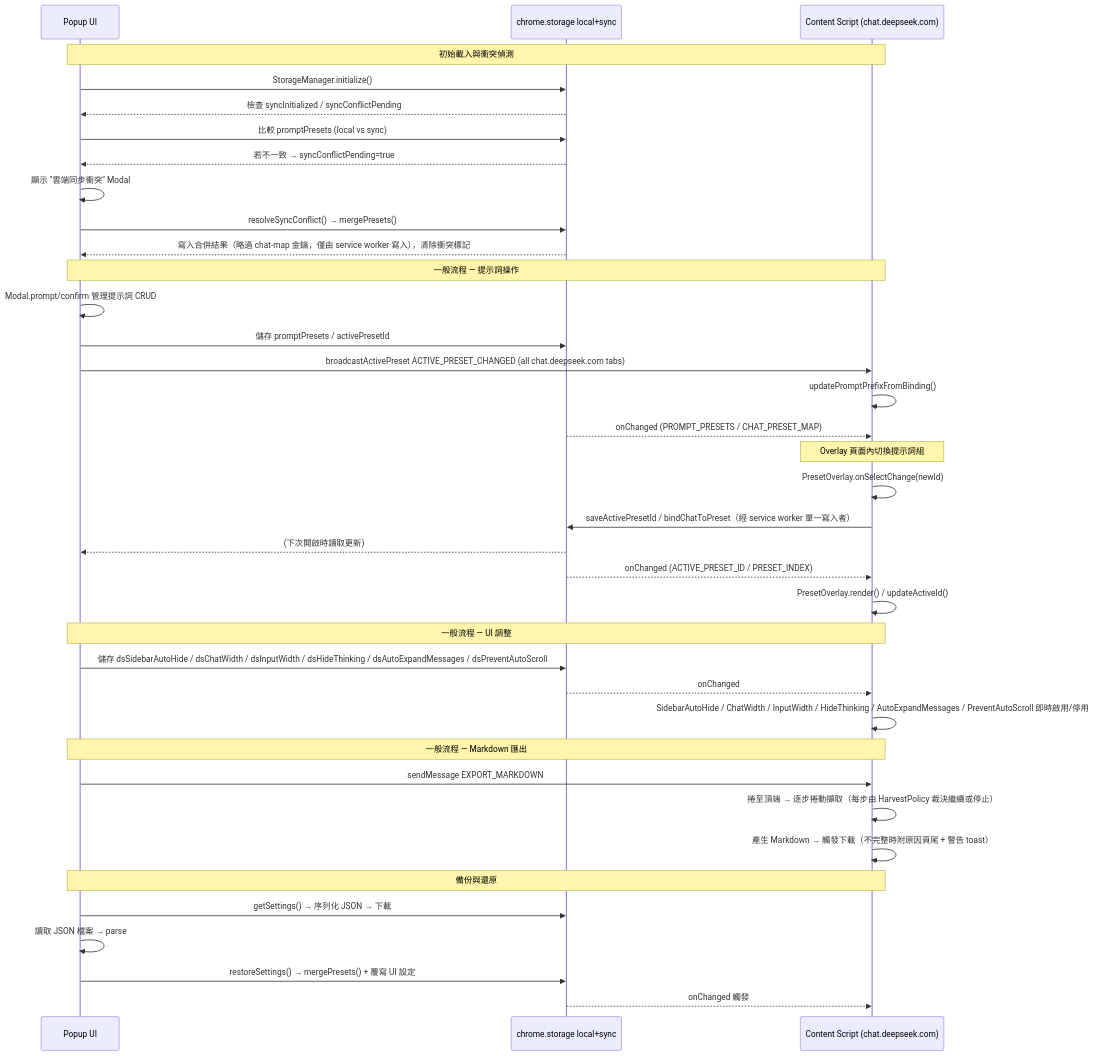
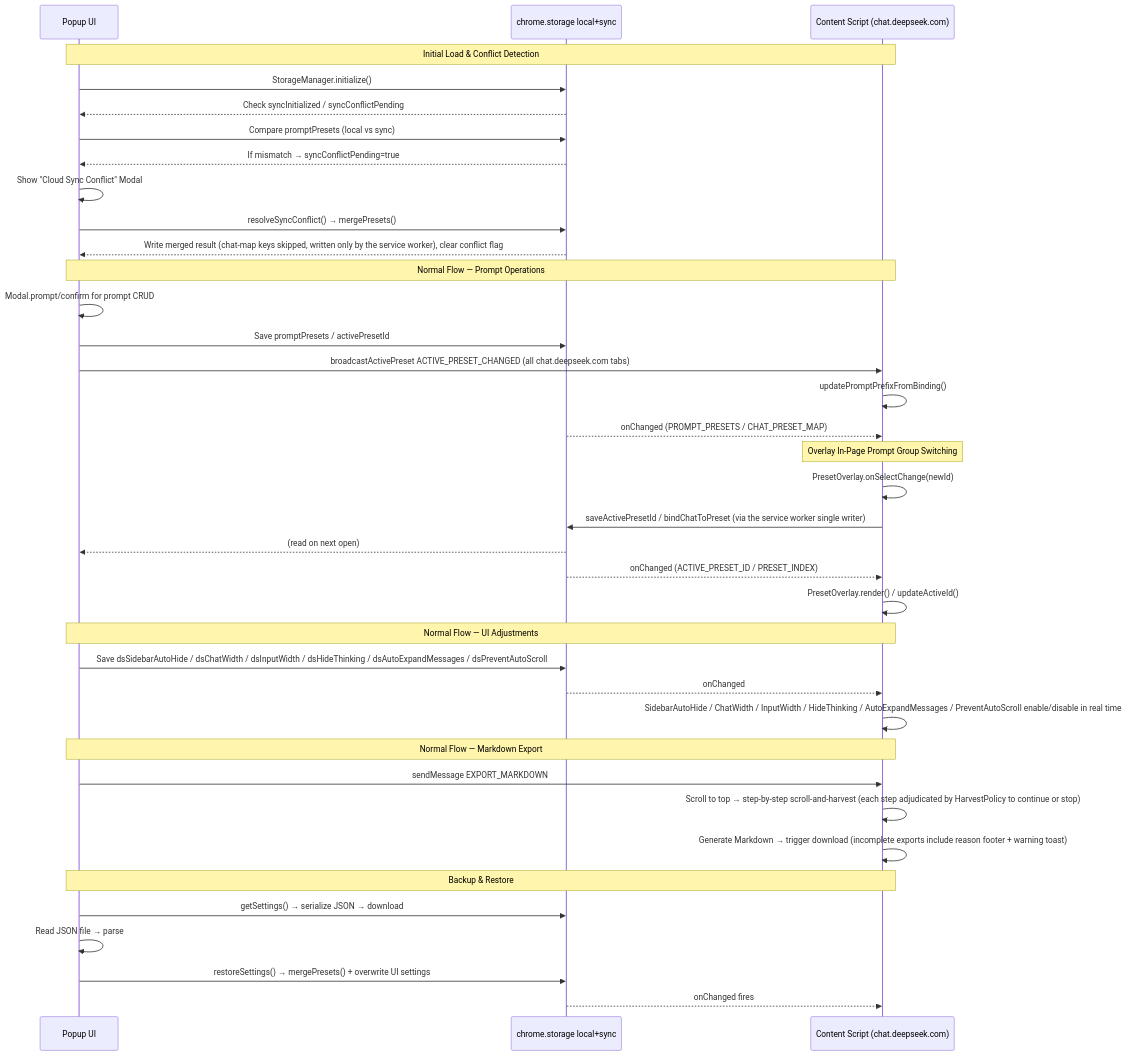
Before and after one commit to sov1n14/ds-studio: the diagram in docs/ARCHITECTURE.md, drawn with Mermaid. The commit also changed other lines of this file and 56 other files, not shown here.

````diff
--- a/docs/ARCHITECTURE.md
+++ b/docs/ARCHITECTURE.md
@@ -398,45 +398,45 @@
 ```mermaid
 sequenceDiagram
     participant Popup as Popup UI
     participant Storage as chrome.storage local+sync
     participant Content as Content Script (chat.deepseek.com)
 
-    Note over Popup,Content: 初始載入與衝突偵測
+    Note over Popup,Content: Initial Load & Conflict Detection
     Popup->>Storage: StorageManager.initialize()
-    Storage-->>Popup: 檢查 syncInitialized / syncConflictPending
-    Popup->>Storage: 比較 promptPresets (local vs sync)
-    Storage-->>Popup: 若不一致 → syncConflictPending=true
-    Popup->>Popup: 顯示 "雲端同步衝突" Modal
+    Storage-->>Popup: Check syncInitialized / syncConflictPending
+    Popup->>Storage: Compare promptPresets (local vs sync)
+    Storage-->>Popup: If mismatch → syncConflictPending=true
+    Popup->>Popup: Show "Cloud Sync Conflict" Modal
     Popup->>Storage: resolveSyncConflict() → mergePresets()
-    Storage-->>Popup: 寫入合併結果（略過 chat-map 金鑰，僅由 service worker 寫入），清除衝突標記
+    Storage-->>Popup: Write merged result (chat-map keys skipped, written only by the service worker), clear conflict flag
 
-    Note over Popup,Content: 一般流程 — 提示詞操作
-    Popup->>Popup: Modal.prompt/confirm 管理提示詞 CRUD
-    Popup->>Storage: 儲存 promptPresets / activePresetId
+    Note over Popup,Content: Normal Flow — Prompt Operations
+    Popup->>Popup: Modal.prompt/confirm for prompt CRUD
+    Popup->>Storage: Save promptPresets / activePresetId
     Popup->>Content: broadcastActivePreset ACTIVE_PRESET_CHANGED (all chat.deepseek.com tabs)
     Content->>Content: updatePromptPrefixFromBinding()
     Storage-->>Content: onChanged (PROMPT_PRESETS / CHAT_PRESET_MAP)
 
-    Note over Content: Overlay 頁面內切換提示詞組
+    Note over Content: Overlay In-Page Prompt Group Switching
     Content->>Content: PresetOverlay.onSelectChange(newId)
-    Content->>Storage: saveActivePresetId / bindChatToPreset（經 service worker 單一寫入者）
-    Storage-->>Popup: (下次開啟時讀取更新)
+    Content->>Storage: saveActivePresetId / bindChatToPreset (via the service worker single writer)
+    Storage-->>Popup: (read on next open)
     Storage-->>Content: onChanged (ACTIVE_PRESET_ID / PRESET_INDEX)
     Content->>Content: PresetOverlay.render() / updateActiveId()
 
-    Note over Popup,Content: 一般流程 — UI 調整
-    Popup->>Storage: 儲存 dsSidebarAutoHide / dsChatWidth / dsInputWidth / dsHideThinking / dsAutoExpandMessages / dsPreventAutoScroll
+    Note over Popup,Content: Normal Flow — UI Adjustments
+    Popup->>Storage: Save dsSidebarAutoHide / dsChatWidth / dsInputWidth / dsHideThinking / dsAutoExpandMessages / dsPreventAutoScroll
     Storage-->>Content: onChanged
-    Content->>Content: SidebarAutoHide / ChatWidth / InputWidth / HideThinking / AutoExpandMessages / PreventAutoScroll 即時啟用/停用
+    Content->>Content: SidebarAutoHide / ChatWidth / InputWidth / HideThinking / AutoExpandMessages / PreventAutoScroll enable/disable in real time
 
-    Note over Popup,Content: 一般流程 — Markdown 匯出
+    Note over Popup,Content: Normal Flow — Markdown Export
     Popup->>Content: sendMessage EXPORT_MARKDOWN
-    Content->>Content: 捲至頂端 → 逐步捲動擷取（每步由 HarvestPolicy 裁決繼續或停止）
-    Content->>Content: 產生 Markdown → 觸發下載（不完整時附原因頁尾 + 警告 toast）
+    Content->>Content: Scroll to top → step-by-step scroll-and-harvest (each step adjudicated by HarvestPolicy to continue or stop)
+    Content->>Content: Generate Markdown → trigger download (incomplete exports include reason footer + warning toast)
 
-    Note over Popup,Content: 備份與還原
-    Popup->>Storage: getSettings() → 序列化 JSON → 下載
-    Popup->>Popup: 讀取 JSON 檔案 → parse
-    Popup->>Storage: restoreSettings() → mergePresets() + 覆寫 UI 設定
-    Storage-->>Content: onChanged 觸發
+    Note over Popup,Content: Backup & Restore
+    Popup->>Storage: getSettings() → serialize JSON → download
+    Popup->>Popup: Read JSON file → parse
+    Popup->>Storage: restoreSettings() → mergePresets() + overwrite UI settings
+    Storage-->>Content: onChanged fires
 ```
````
